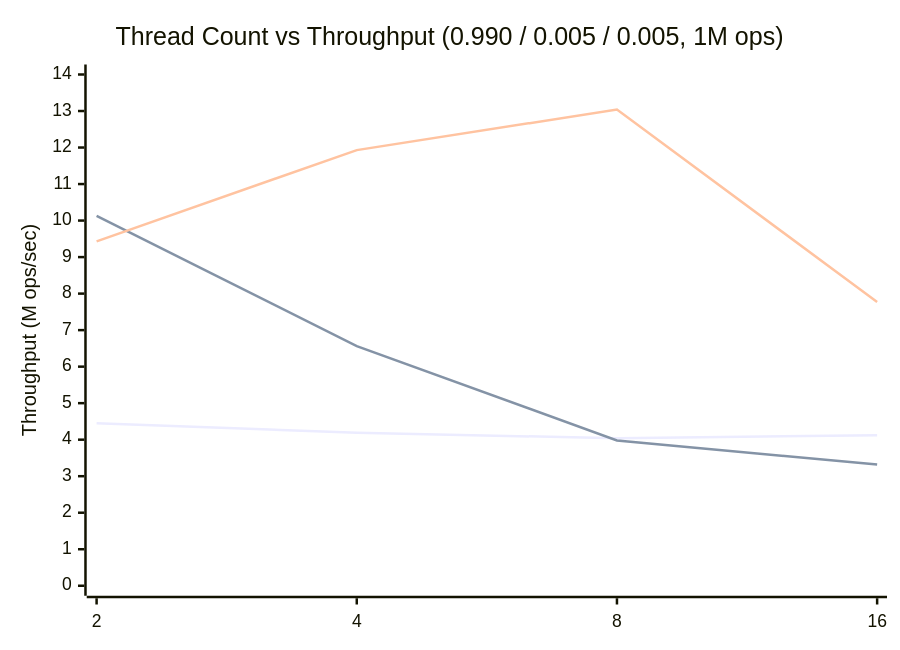
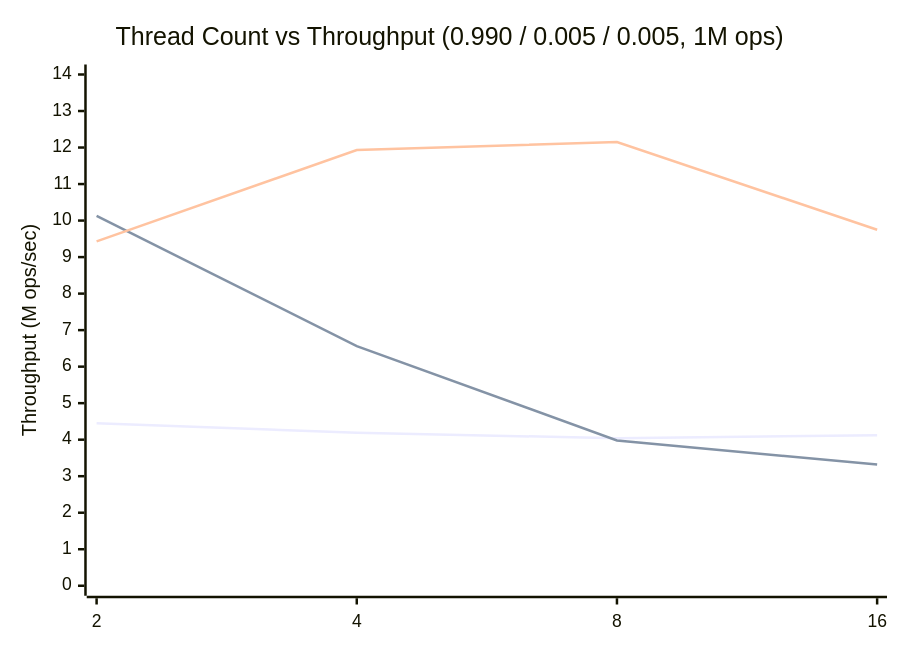
Before and after one commit to LeminZhang/Parallel-Fibonacci-Heap: the second of 2 diagrams in README.md, drawn with Mermaid. The commit also changed other lines of this file, not shown here.

````diff
--- a/README.md
+++ b/README.md
@@ -139,9 +139,9 @@
 ```mermaid
 xychart-beta
     title "Thread Count vs Throughput (0.990 / 0.005 / 0.005, 1M ops)"
     x-axis [2, 4, 8, 16]
     y-axis "Throughput (M ops/sec)" 0 --> 14
     line "Binary" [4.45, 4.19, 4.04, 4.12]
     line "Coarse" [10.13, 6.56, 3.98, 3.32]
-    line "Fine" [9.43, 11.93, 13.04, 7.77]
+    line "Fine" [9.43, 11.93, 12.15, 9.75]
 ```
````
